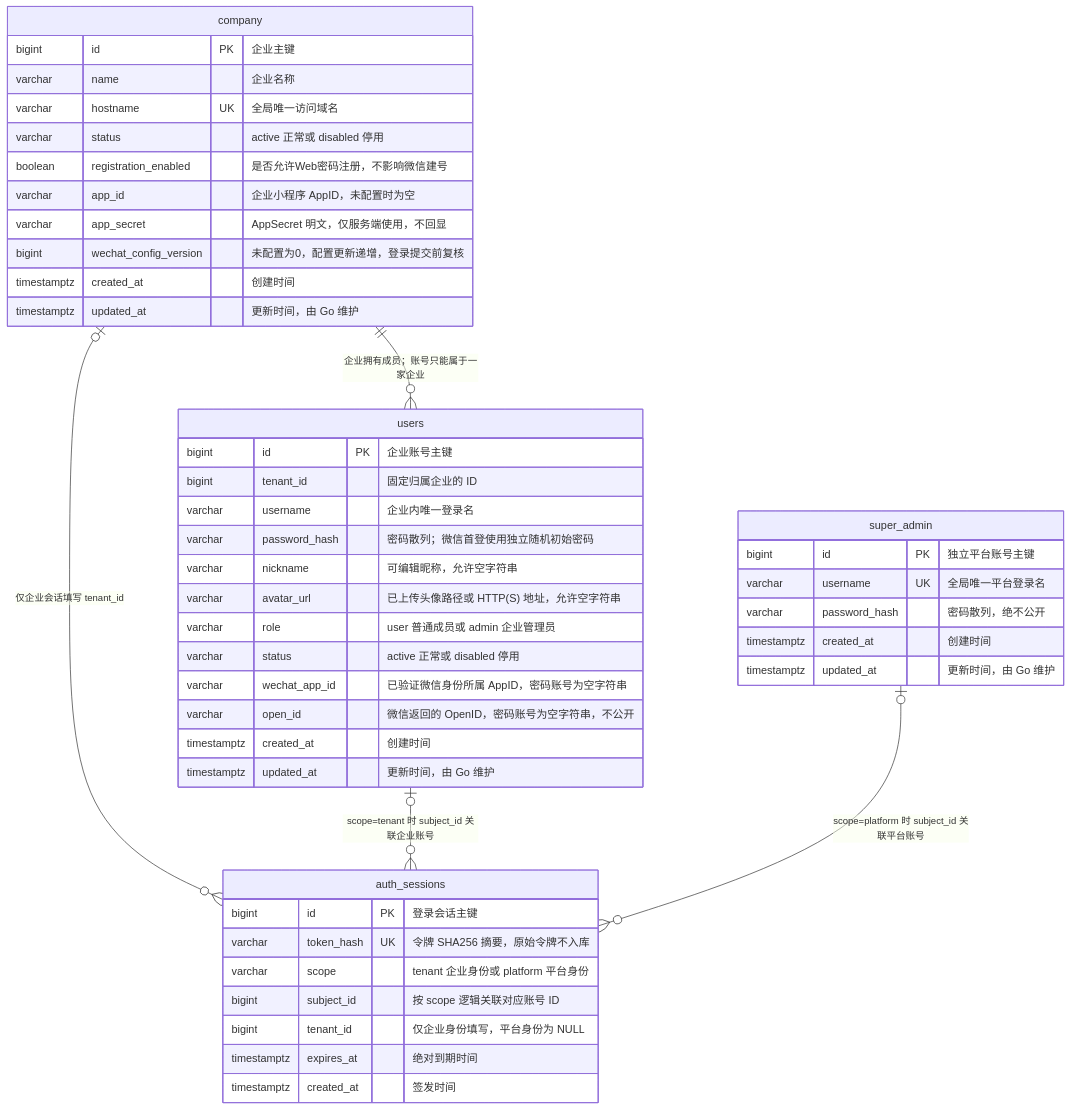
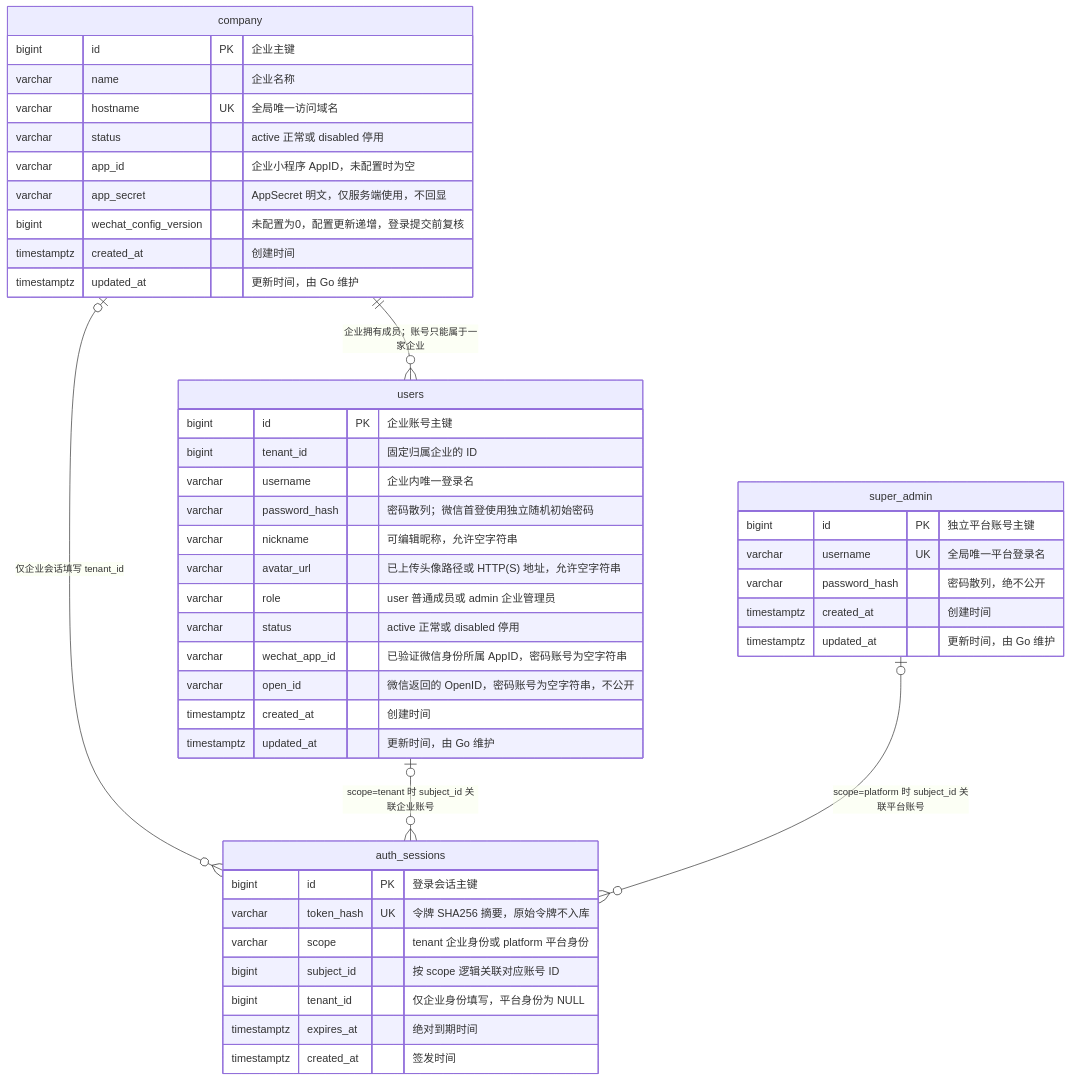
Before and after one commit to xlj-hly/knowledge-agent: the diagram in db/README.md, drawn with Mermaid. The commit also changed other lines of this file and 52 other files, not shown here.

````diff
--- a/db/README.md
+++ b/db/README.md
@@ -18,49 +18,48 @@
 ```mermaid
 erDiagram
     company ||--o{ users : "企业拥有成员；账号只能属于一家企业"
     company o|--o{ auth_sessions : "仅企业会话填写 tenant_id"
     users o|--o{ auth_sessions : "scope=tenant 时 subject_id 关联企业账号"
     super_admin o|--o{ auth_sessions : "scope=platform 时 subject_id 关联平台账号"
     company {
         bigint id PK "企业主键"
         varchar name "企业名称"
         varchar hostname UK "全局唯一访问域名"
         varchar status "active 正常或 disabled 停用"
-        boolean registration_enabled "是否允许Web密码注册，不影响微信建号"
         varchar app_id "企业小程序 AppID，未配置时为空"
         varchar app_secret "AppSecret 明文，仅服务端使用，不回显"
         bigint wechat_config_version "未配置为0，配置更新递增，登录提交前复核"
         timestamptz created_at "创建时间"
         timestamptz updated_at "更新时间，由 Go 维护"
     }
     users {
         bigint id PK "企业账号主键"
         bigint tenant_id "固定归属企业的 ID"
         varchar username "企业内唯一登录名"
         varchar password_hash "密码散列；微信首登使用独立随机初始密码"
         varchar nickname "可编辑昵称，允许空字符串"
         varchar avatar_url "已上传头像路径或 HTTP(S) 地址，允许空字符串"
         varchar role "user 普通成员或 admin 企业管理员"
         varchar status "active 正常或 disabled 停用"
         varchar wechat_app_id "已验证微信身份所属 AppID，密码账号为空字符串"
         varchar open_id "微信返回的 OpenID，密码账号为空字符串，不公开"
         timestamptz created_at "创建时间"
         timestamptz updated_at "更新时间，由 Go 维护"
     }
     super_admin {
         bigint id PK "独立平台账号主键"
         varchar username UK "全局唯一平台登录名"
         varchar password_hash "密码散列，绝不公开"
         timestamptz created_at "创建时间"
         timestamptz updated_at "更新时间，由 Go 维护"
     }
     auth_sessions {
         bigint id PK "登录会话主键"
         varchar token_hash UK "令牌 SHA256 摘要，原始令牌不入库"
         varchar scope "tenant 企业身份或 platform 平台身份"
         bigint subject_id "按 scope 逻辑关联对应账号 ID"
         bigint tenant_id "仅企业身份填写，平台身份为 NULL"
         timestamptz expires_at "绝对到期时间"
         timestamptz created_at "签发时间"
     }
 ```
````
